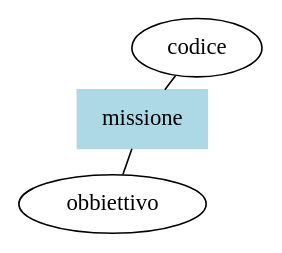
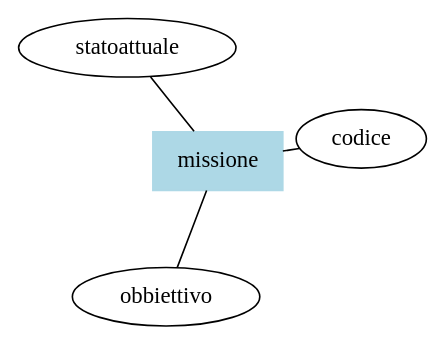
Before and after one commit to Air4x/Progetto-2024-25-DB: the diagram in Modello-ER.dot, drawn with Graphviz.

Commit message:
aggiunto l'attributo statoattuale a Modello-ER.dot

```diff
--- a/Modello-ER.dot
+++ b/Modello-ER.dot
@@ -1,13 +1,15 @@
 graph ER {
     layout=neato;
     overlap=false;
     // Entità
     /// Missione
     missione[shape="box", style=filled, color="lightblue"];
     missione_codice[label="codice"];
     missione_obbiettivo[label="obbiettivo"];
+    missione_statoattuale[label="statoattuale"];
     missione -- missione_codice;
     missione -- missione_obbiettivo;
+    missione -- missione_statoattuale;
     // Relazioni
     // Varie ed Eventuali
 }
```
